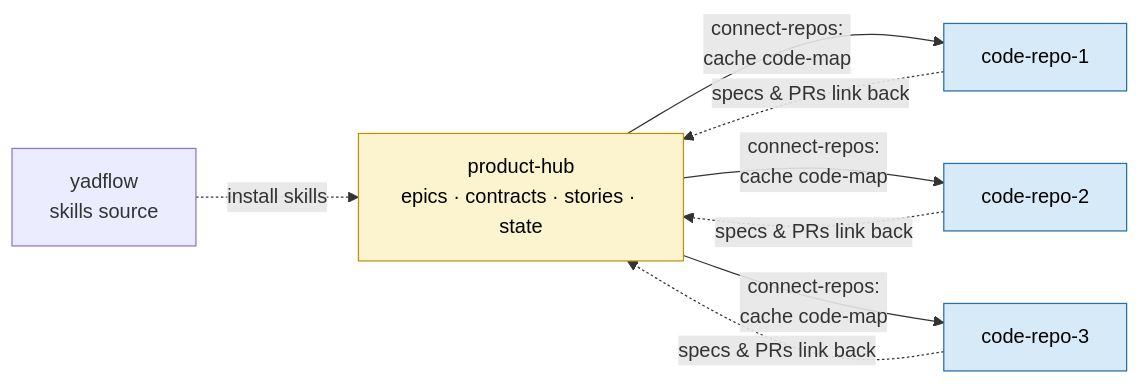
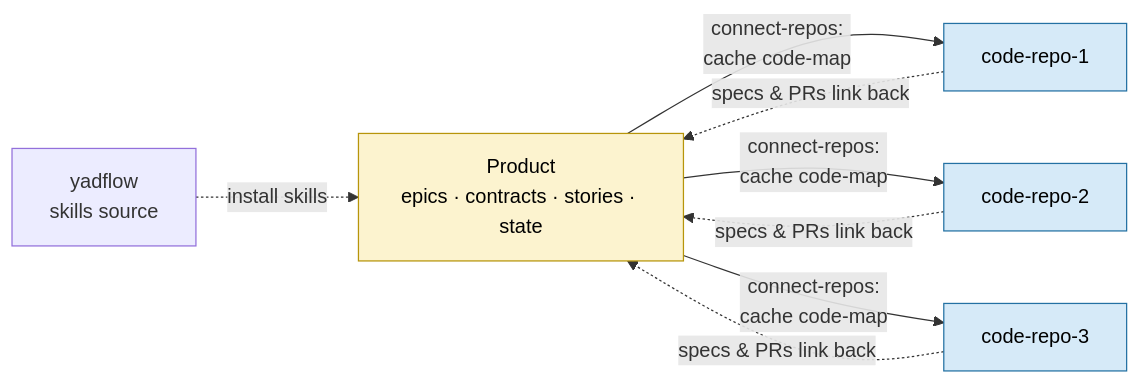
One commit to abdelrahmannasr/yadflow changed the first of 3 diagrams in TEAM-GUIDE.md. Above: the diagram before and after it, drawn with Mermaid. The commit also changed other lines of this file and 20 other files, not shown here.

First line of the commit message:
docs: the guides, sites and diagram say Product, and a guide to the hand changes (E124)

````diff
--- a/TEAM-GUIDE.md
+++ b/TEAM-GUIDE.md
@@ -35,17 +35,17 @@
 ```mermaid
 flowchart LR
-    classDef hub fill:#fcf3cf,stroke:#b7950b,color:#000
+    classDef prod fill:#fcf3cf,stroke:#b7950b,color:#000
     classDef code fill:#d6eaf8,stroke:#2471a3,color:#000
     src["yadflow<br/>skills source"]
-    phub["product-hub<br/>epics · contracts · stories · state"]:::hub
+    prod["Product<br/>epics · contracts · stories · state"]:::prod
     r1["code-repo-1"]:::code
     r2["code-repo-2"]:::code
     r3["code-repo-3"]:::code
-    src -. install skills .-> phub
-    phub -- connect-repos:<br/>cache code-map --> r1
-    phub -- connect-repos:<br/>cache code-map --> r2
-    phub -- connect-repos:<br/>cache code-map --> r3
-    r1 -. specs & PRs link back .-> phub
-    r2 -. specs & PRs link back .-> phub
-    r3 -. specs & PRs link back .-> phub
+    src -. install skills .-> prod
+    prod -- connect-repos:<br/>cache code-map --> r1
+    prod -- connect-repos:<br/>cache code-map --> r2
+    prod -- connect-repos:<br/>cache code-map --> r3
+    r1 -. specs & PRs link back .-> prod
+    r2 -. specs & PRs link back .-> prod
+    r3 -. specs & PRs link back .-> prod
 ```
````
